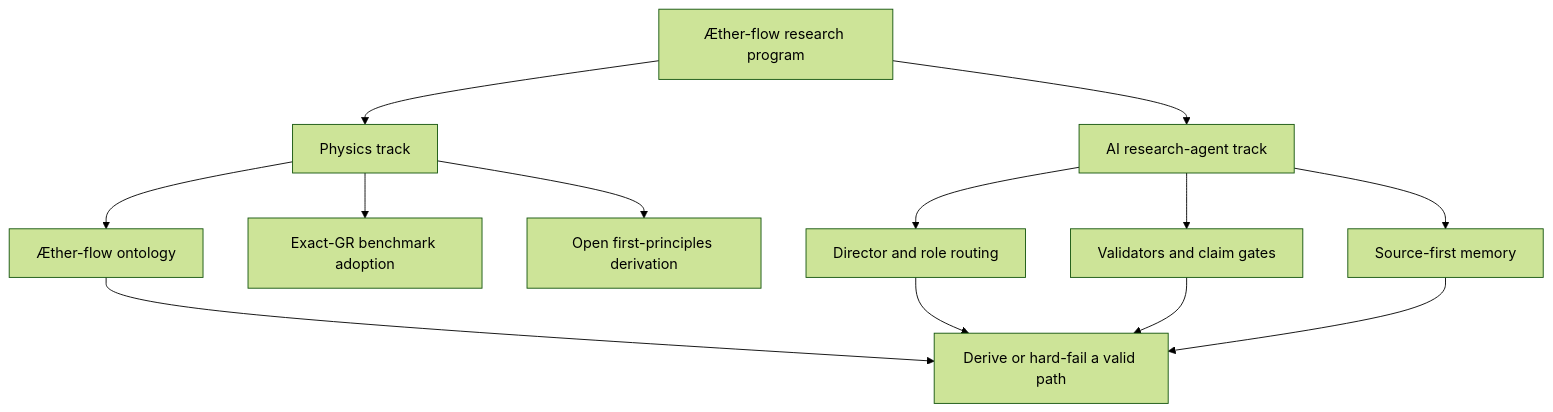
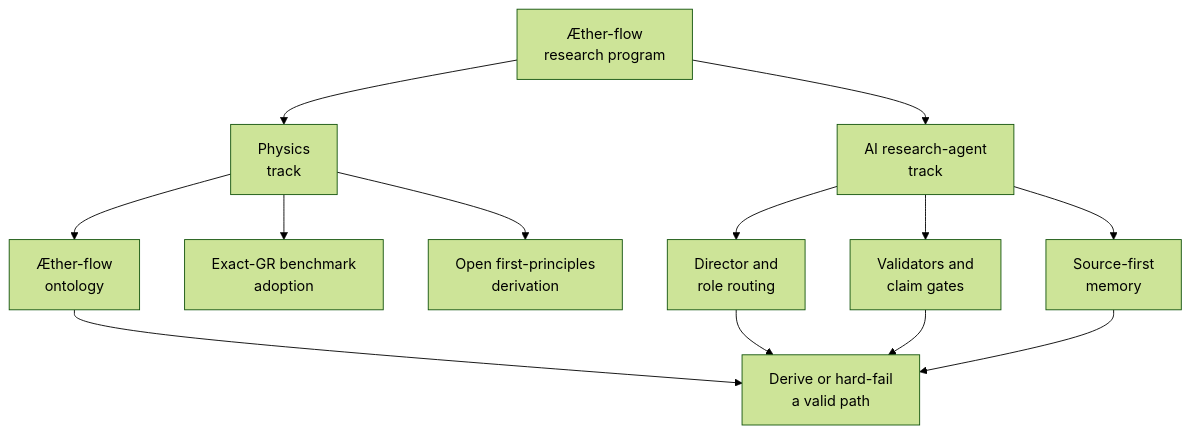
Before and after one commit to AngryOwlAI/The-AEther-Flow: the second of 2 diagrams in github-facing/project-overview-explainer.md, drawn with Mermaid (forest theme). The commit also changed 34 other files, not shown here.

Commit message:
Fix Mermaid label wrapping in project overview graph

````diff
--- a/github-facing/project-overview-explainer.md
+++ b/github-facing/project-overview-explainer.md
@@ -102,15 +102,15 @@
 ```mermaid
 flowchart TD
-  Program["Æther-flow research program"] --> Physics["Physics track"]
-  Program --> AI["AI research-agent track"]
-  Physics --> Ontology["Æther-flow ontology"]
-  Physics --> Benchmark["Exact-GR benchmark adoption"]
-  Physics --> OpenProof["Open first-principles derivation"]
-  AI --> Routing["Director and role routing"]
-  AI --> Validation["Validators and claim gates"]
-  AI --> Memory["Source-first memory"]
-  Ontology --> SharedTarget["Derive or hard-fail a valid path"]
+  Program["Æther-flow<br/>research program"] --> Physics["Physics<br/>track"]
+  Program --> AI["AI research-agent<br/>track"]
+  Physics --> Ontology["Æther-flow<br/>ontology"]
+  Physics --> Benchmark["Exact-GR benchmark<br/>adoption"]
+  Physics --> OpenProof["Open first-principles<br/>derivation"]
+  AI --> Routing["Director and<br/>role routing"]
+  AI --> Validation["Validators and<br/>claim gates"]
+  AI --> Memory["Source-first<br/>memory"]
+  Ontology --> SharedTarget["Derive or hard-fail<br/>a valid path"]
   Routing --> SharedTarget
   Validation --> SharedTarget
   Memory --> SharedTarget
 ```
````
